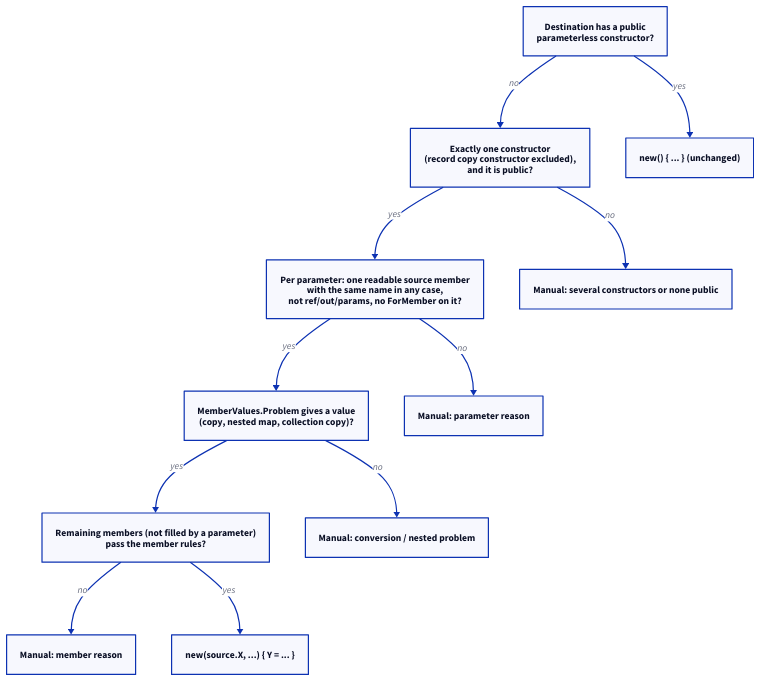
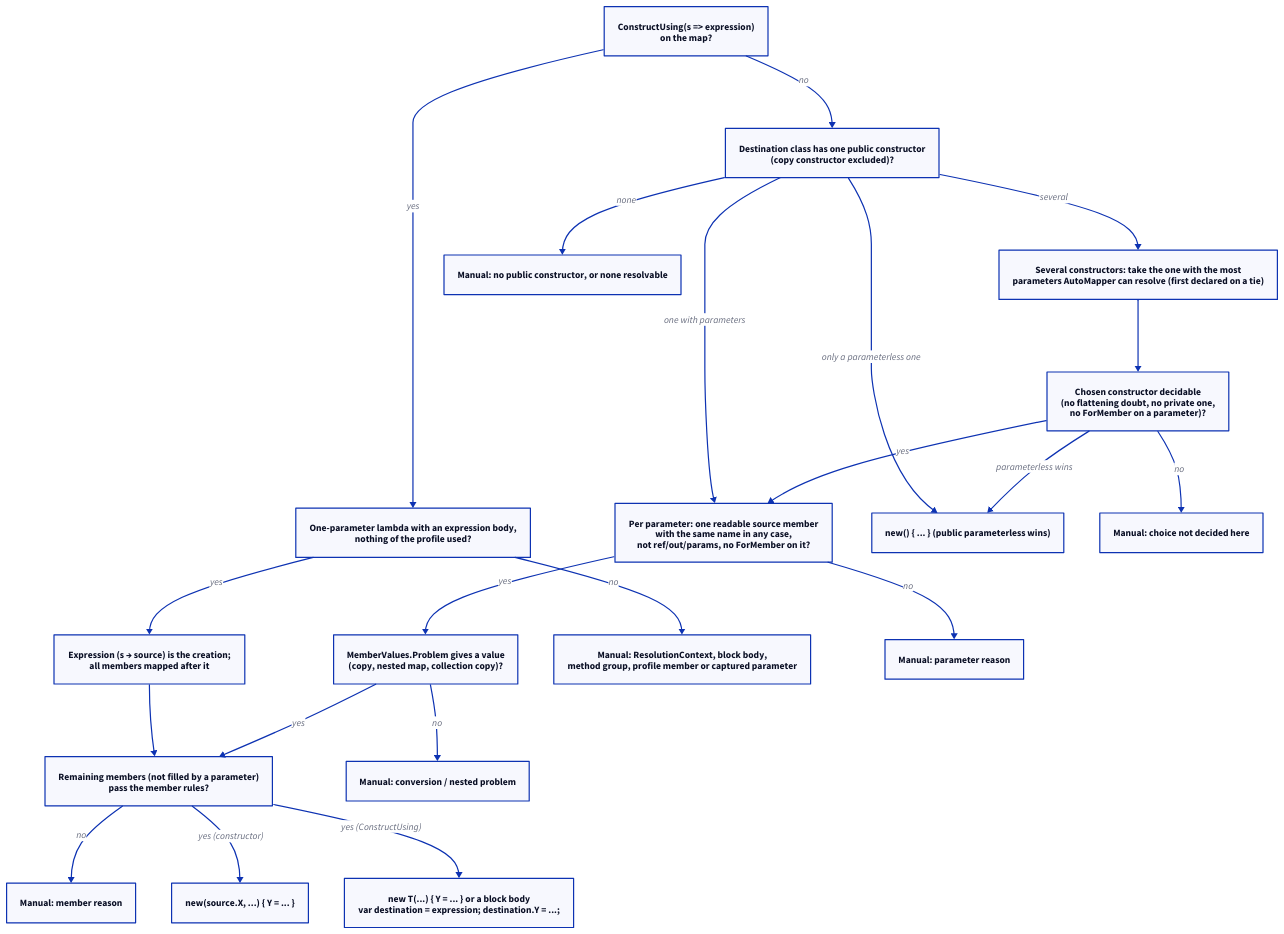
Before and after one commit to ATkingma/unshackle: the diagram in docs/projectinfo/patterns/img/automapper-constructor-modellen-1.d2, drawn with D2. The commit also changed 48 other files, not shown here.

Commit message:
Reproduce AutoMapper's constructor choice, migrate ConstructUsing and drop a harmless MaxDepth (TAAK-266)

```diff
--- a/docs/projectinfo/patterns/img/automapper-constructor-modellen-1.d2
+++ b/docs/projectinfo/patterns/img/automapper-constructor-modellen-1.d2
@@ -1,22 +1,39 @@
 direction: down
-q1: "Destination has a public\nparameterless constructor?"
-q2: "Exactly one constructor\n(record copy constructor excluded),\nand it is public?"
+c0: "ConstructUsing(s => expression)\non the map?"
+cu1: "One-parameter lambda with an expression body,\nnothing of the profile used?"
+cu2: "Expression (s → source) is the creation;\nall members mapped after it"
+q1: "Destination class has one public constructor\n(copy constructor excluded)?"
+q2: "Several constructors: take the one with the most\nparameters AutoMapper can resolve (first declared on a tie)"
+q2b: "Chosen constructor decidable\n(no flattening doubt, no private one,\nno ForMember on a parameter)?"
 q3: "Per parameter: one readable source member\nwith the same name in any case,\nnot ref/out/params, no ForMember on it?"
 q4: "MemberValues.Problem gives a value\n(copy, nested map, collection copy)?"
 q5: "Remaining members (not filled by a parameter)\npass the member rules?"
-new0: "new() { ... } (unchanged)"
+new0: "new() { ... } (public parameterless wins)"
 ok: "new(source.X, ...) { Y = ... }"
-m1: "Manual: several constructors or none public"
+okcu: "new T(...) { Y = ... } or a block body\nvar destination = expression; destination.Y = ...;"
+mcu: "Manual: ResolutionContext, block body,\nmethod group, profile member or captured parameter"
+m1: "Manual: no public constructor, or none resolvable"
+m1b: "Manual: choice not decided here"
 m2: "Manual: parameter reason"
 m3: "Manual: conversion / nested problem"
 m4: "Manual: member reason"
-q1 -> new0: yes
-q1 -> q2: no
-q2 -> m1: no
-q2 -> q3: yes
+c0 -> cu1: yes
+c0 -> q1: no
+cu1 -> mcu: no
+cu1 -> cu2: yes
+cu2 -> q5
+q1 -> new0: "only a parameterless one"
+q1 -> q2: "several"
+q1 -> q3: "one with parameters"
+q2 -> q2b
+q2b -> m1b: no
+q2b -> new0: "parameterless wins"
+q2b -> q3: yes
+q1 -> m1: none
 q3 -> m2: no
 q3 -> q4: yes
 q4 -> m3: no
 q4 -> q5: yes
 q5 -> m4: no
-q5 -> ok: yes
+q5 -> ok: "yes (constructor)"
+q5 -> okcu: "yes (ConstructUsing)"
```
